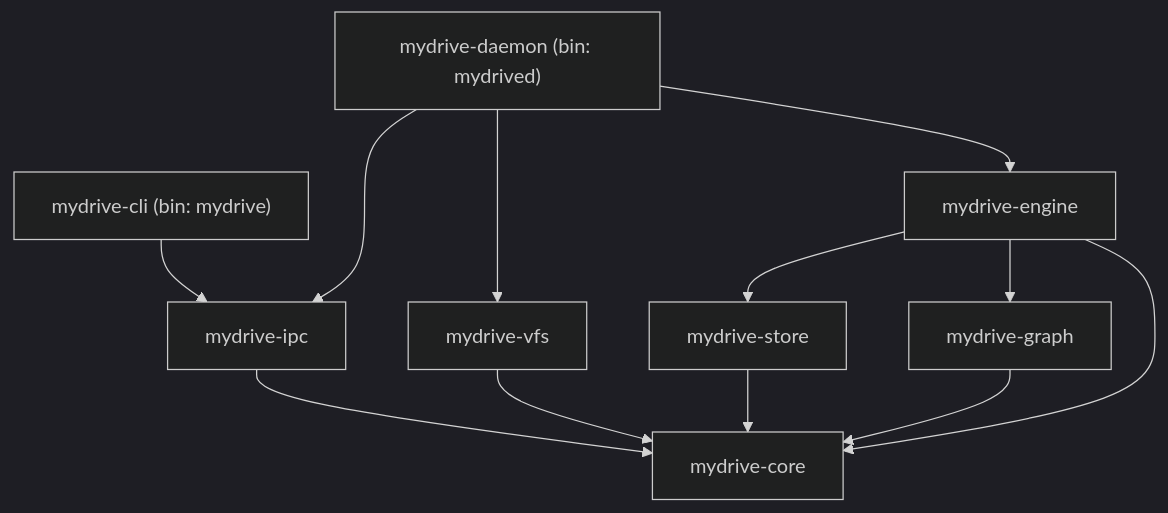
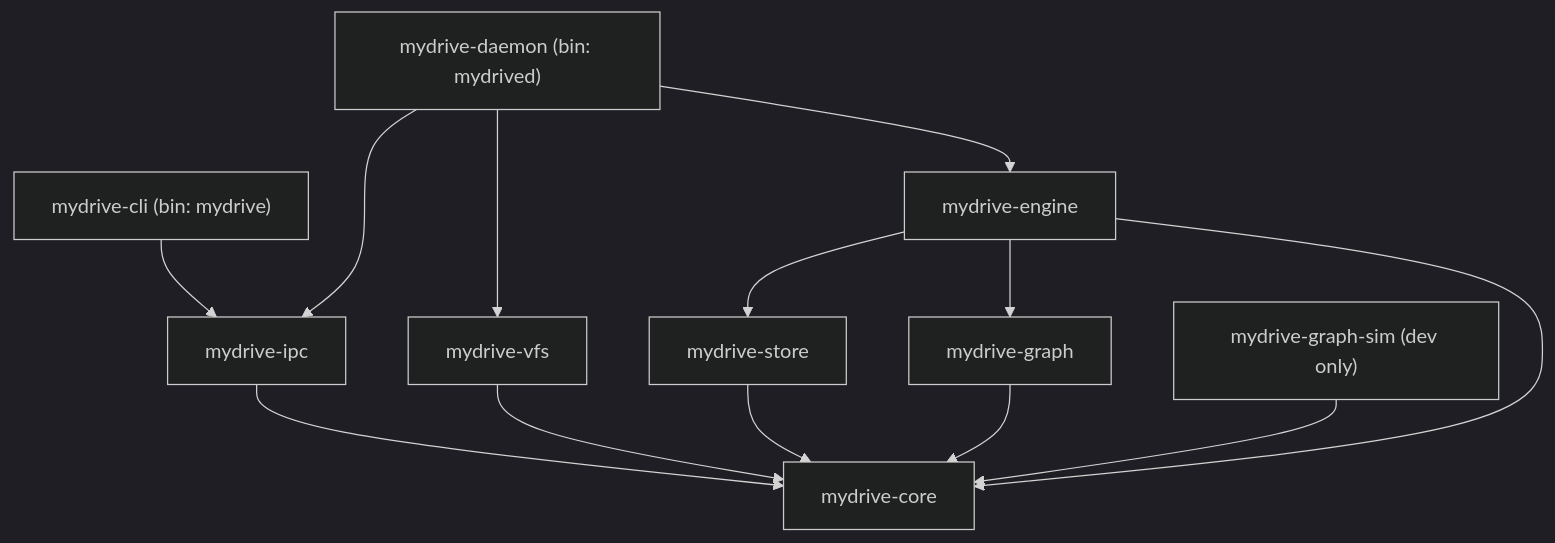
One commit to paulpitchford/my-drive changed the second of 2 diagrams in docs/architecture/overview.md. Above: the diagram before and after it, drawn with Mermaid (dark theme). The commit also changed 6 other files, not shown here.

````diff
--- a/docs/architecture/overview.md
+++ b/docs/architecture/overview.md
@@ -90,15 +90,16 @@
 ```mermaid
 flowchart TB
     cli["mydrive-cli (bin: mydrive)"] --> ipc
     daemon["mydrive-daemon (bin: mydrived)"] --> ipc
     daemon --> vfs
     daemon --> engine
     vfs["mydrive-vfs"] --> core
     engine["mydrive-engine"] --> store
     engine --> graphcrate
     engine --> core
     ipc["mydrive-ipc"] --> core
     store["mydrive-store"] --> core
     graphcrate["mydrive-graph"] --> core
+    sim["mydrive-graph-sim (dev only)"] --> core
     core["mydrive-core"]
 ```
````
